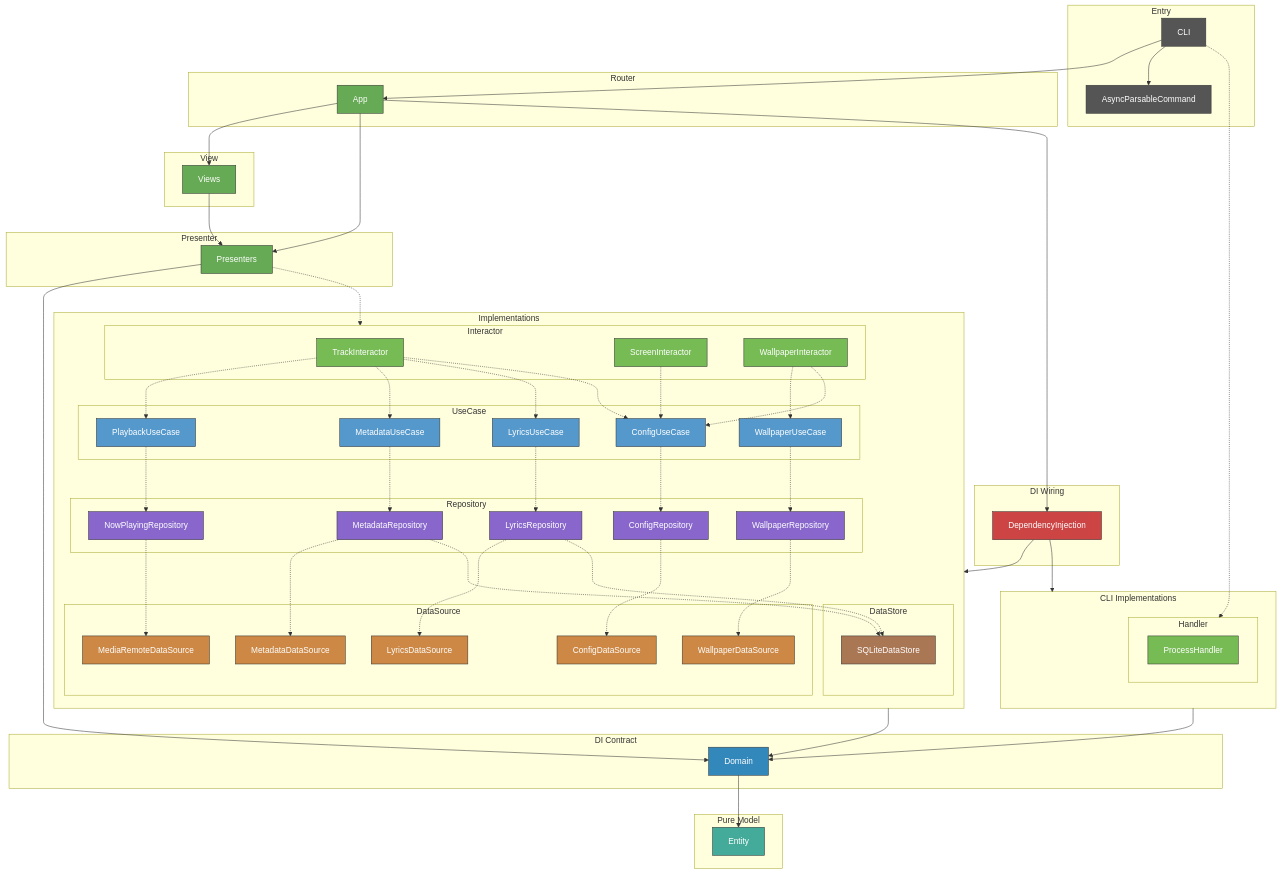
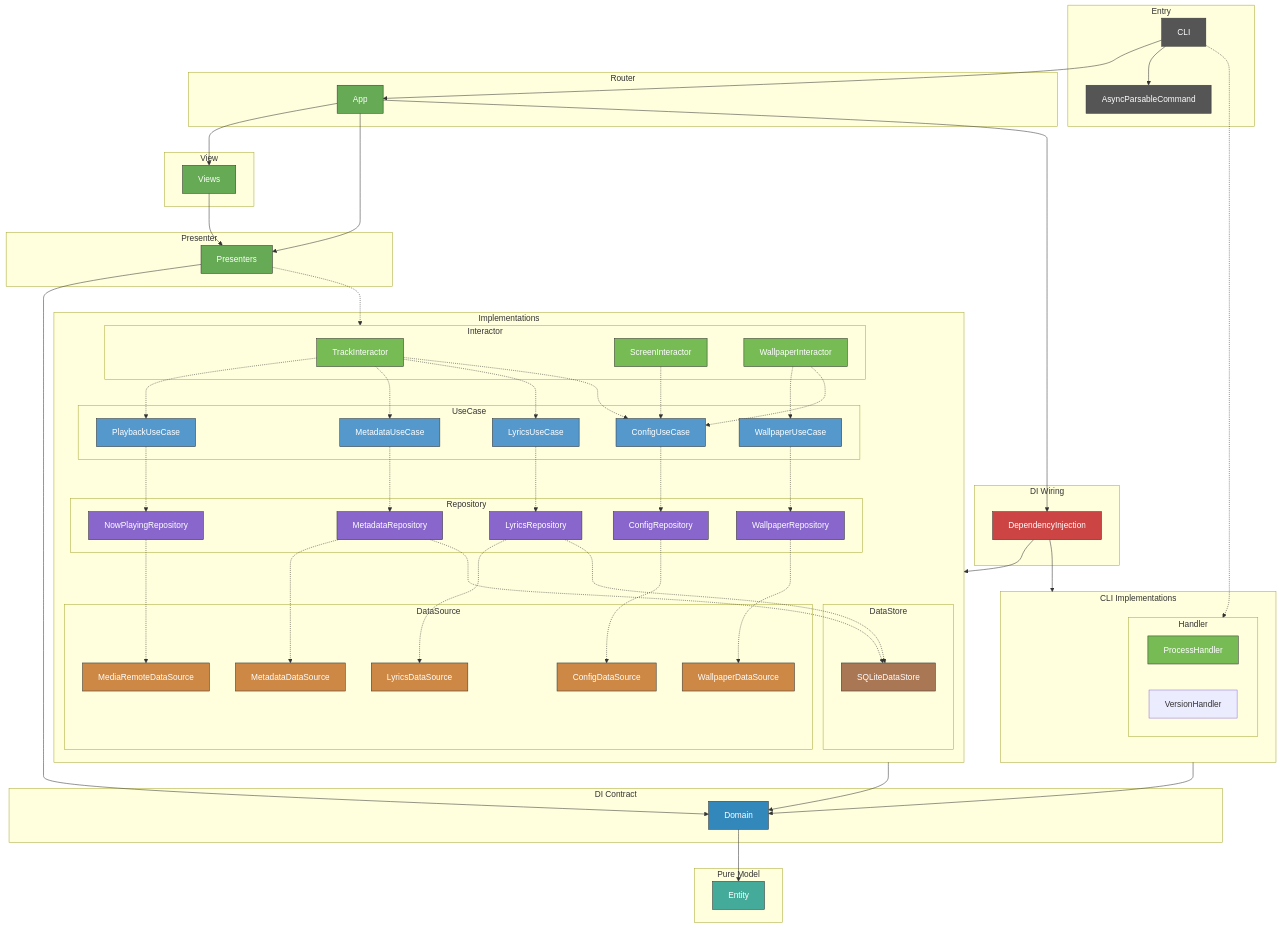
The diagram in .claude/CLAUDE.md (GeneralD/lyra), drawn with Mermaid before and after one commit. The commit also changed other lines of this file and 9 other files, not shown here.

First line of the commit message:
refactor: extract VersionHandler from CLI (#158)

```diff
--- a/.claude/CLAUDE.md
+++ b/.claude/CLAUDE.md
@@ -56,6 +56,7 @@
     subgraph CLIImplementations["CLI Implementations"]
         subgraph Handler
             ProcessHandler[ProcessHandler]
+            VersionHandler[VersionHandler]
         end
     end
 
```
